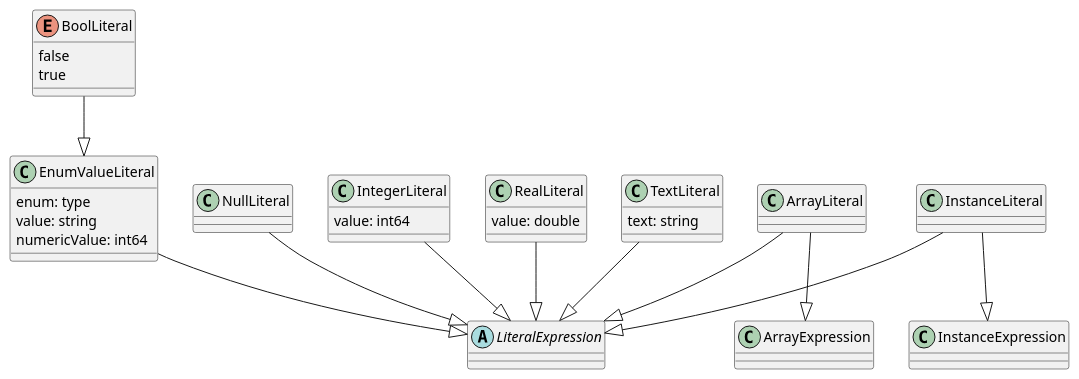
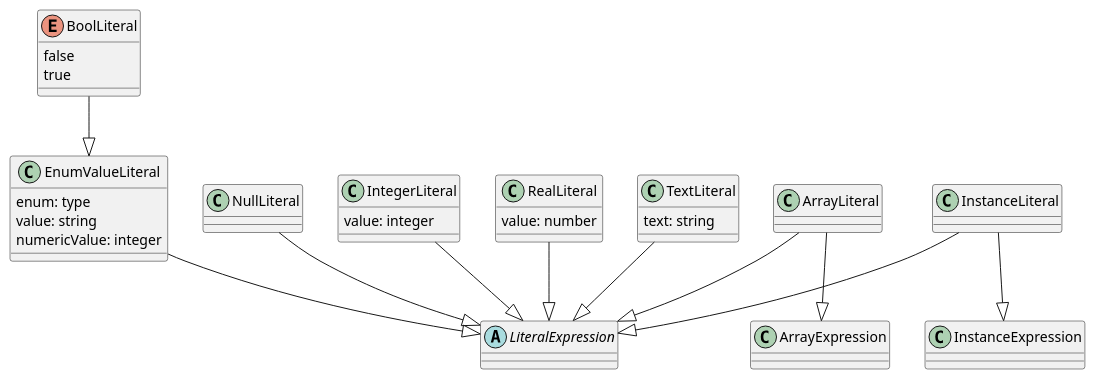
One commit to opengeospatial/cartographic-symbology changed the fifth of 6 diagrams in 1-core/sections/clause_7_core.adoc. Above: the diagram before and after it, drawn with PlantUML. The commit also changed other lines of this file and 16 other files, not shown here.

First line of the commit message:
Use string, number, integer and boolean as data types in Part 1

```diff
--- a/1-core/sections/clause_7_core.adoc
+++ b/1-core/sections/clause_7_core.adoc
@@ -763,33 +778,33 @@
 [plantuml, target=diagram-classes, format=png]
 ....
 @startuml
 abstract LiteralExpression
 
 TextLiteral --|> LiteralExpression
 TextLiteral : text: string
 
 EnumValueLiteral --|> LiteralExpression
 EnumValueLiteral : enum: type
 EnumValueLiteral : value: string
-EnumValueLiteral : numericValue: int64
+EnumValueLiteral : numericValue: integer
 
 enum BoolLiteral
 BoolLiteral --|> EnumValueLiteral
 BoolLiteral : false
 BoolLiteral : true
 
 NullLiteral --|> LiteralExpression
 
 IntegerLiteral --|> LiteralExpression
-IntegerLiteral : value: int64
+IntegerLiteral : value: integer
 
 RealLiteral --|> LiteralExpression
-RealLiteral : value: double
+RealLiteral : value: number
 
 ArrayLiteral --|> ArrayExpression
 ArrayLiteral --|> LiteralExpression
 
 InstanceLiteral --|> InstanceExpression
 InstanceLiteral --|> LiteralExpression
 @enduml
 ....
```
